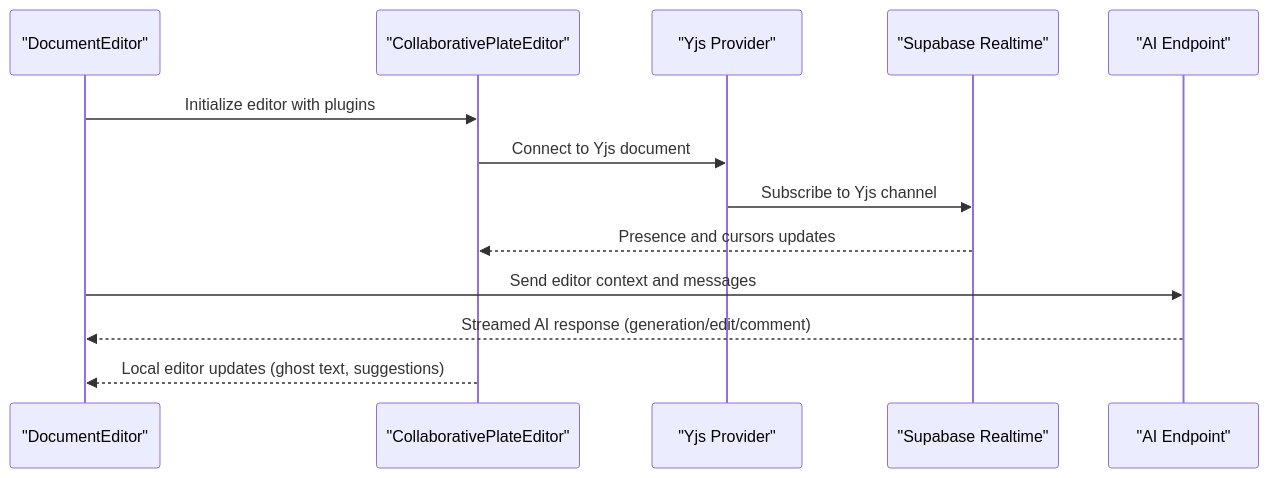
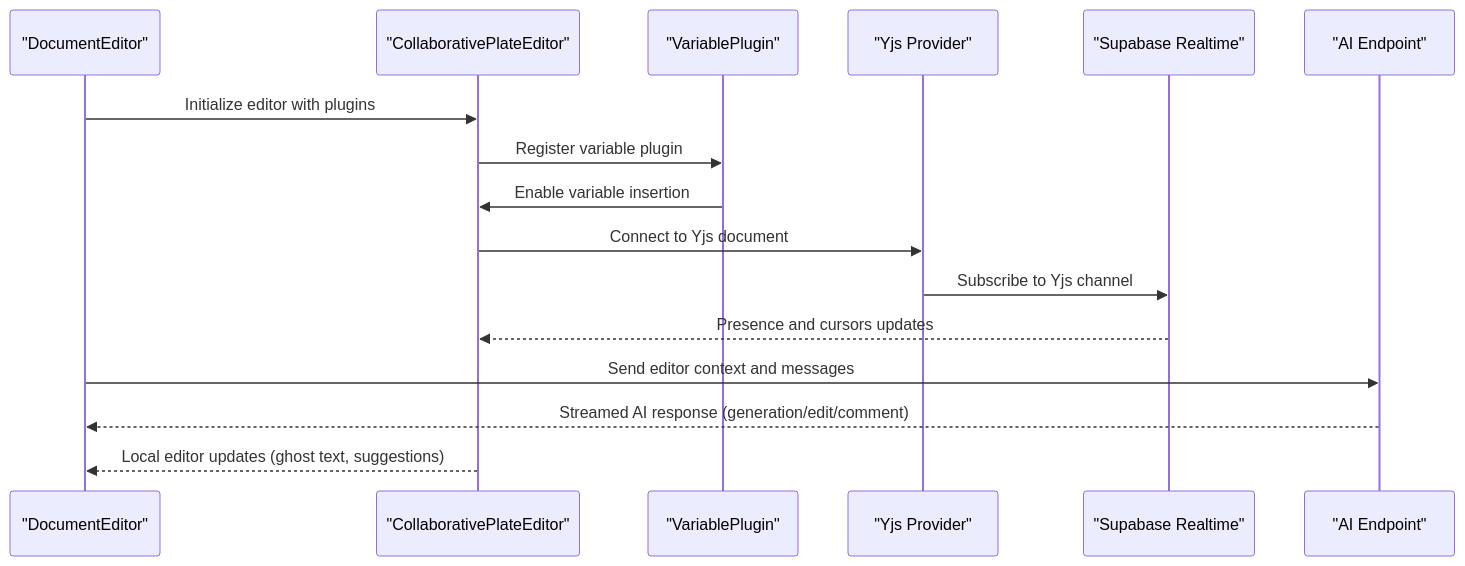
One commit to SinesysTech/zattar-os changed the second of 10 diagrams in .qoder/repowiki/en/content/AI Integration and Features/AI-Assisted Document Editor.md. Above: the diagram before and after it, drawn with Mermaid. The commit also changed other lines of this file and 12 other files, not shown here.

````diff
--- a/.qoder/repowiki/en/content/AI Integration and Features/AI-Assisted Document Editor.md
+++ b/.qoder/repowiki/en/content/AI Integration and Features/AI-Assisted Document Editor.md
@@ -114,15 +159,18 @@
 ```mermaid
 sequenceDiagram
 participant UI as "DocumentEditor"
 participant PE as "CollaborativePlateEditor"
+participant VP as "VariablePlugin"
 participant Y as "Yjs Provider"
 participant RT as "Supabase Realtime"
 participant AI as "AI Endpoint"
 UI->>PE : Initialize editor with plugins
+PE->>VP : Register variable plugin
+VP->>PE : Enable variable insertion
 PE->>Y : Connect to Yjs document
 Y->>RT : Subscribe to Yjs channel
 RT-->>PE : Presence and cursors updates
 UI->>AI : Send editor context and messages
 AI-->>UI : Streamed AI response (generation/edit/comment)
 PE-->>UI : Local editor updates (ghost text, suggestions)
 ```
````
